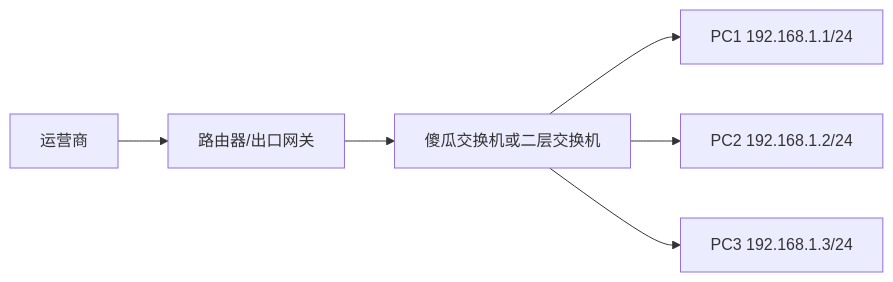
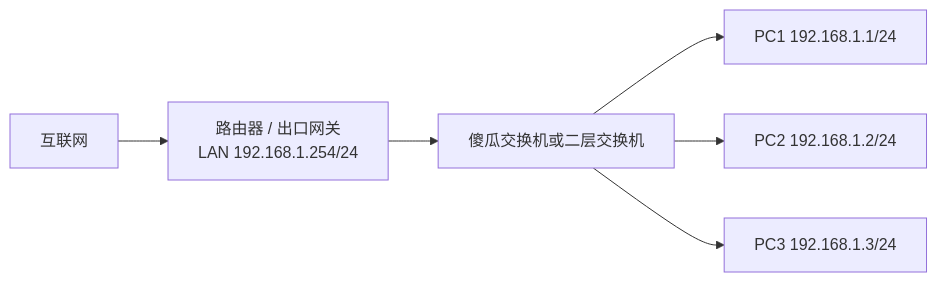
One commit to theforeveriris/mynote-during-2026-2027 changed the fifth of 6 diagrams in 软考中级网络工程/14.0-企业网设备与局域网组建.md. Above: the diagram before and after it, drawn with Mermaid. The commit also changed other lines of this file and 42 other files, not shown here.

Commit message:
移除笔记中的截图引用，改用Mermaid重绘图示，并联网校正知识点；题库部分对照公开真题补全选项与答案

````diff
--- a/软考中级网络工程/14.0-企业网设备与局域网组建.md
+++ b/软考中级网络工程/14.0-企业网设备与局域网组建.md
@@ -801,8 +666,8 @@
 ```mermaid
 graph LR
-  ISP[运营商] --> R[路由器/出口网关]
-  R --> SW[傻瓜交换机或二层交换机]
-  SW --> PC1[PC1 192.168.1.1/24]
-  SW --> PC2[PC2 192.168.1.2/24]
-  SW --> PC3[PC3 192.168.1.3/24]
+  ISP["互联网"] --> R["路由器 / 出口网关<br/>LAN 192.168.1.254/24"]
+  R --> SW["傻瓜交换机或二层交换机"]
+  SW --> PC1["PC1 192.168.1.1/24"]
+  SW --> PC2["PC2 192.168.1.2/24"]
+  SW --> PC3["PC3 192.168.1.3/24"]
 ```
````
